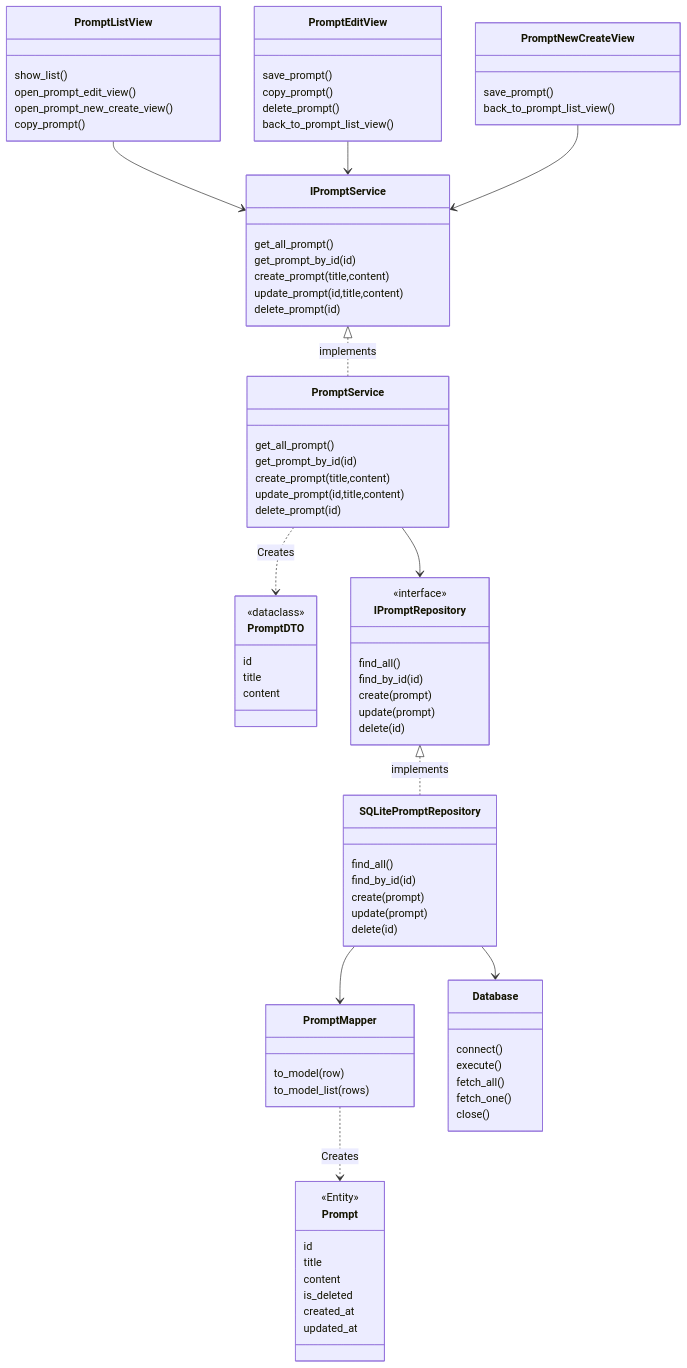
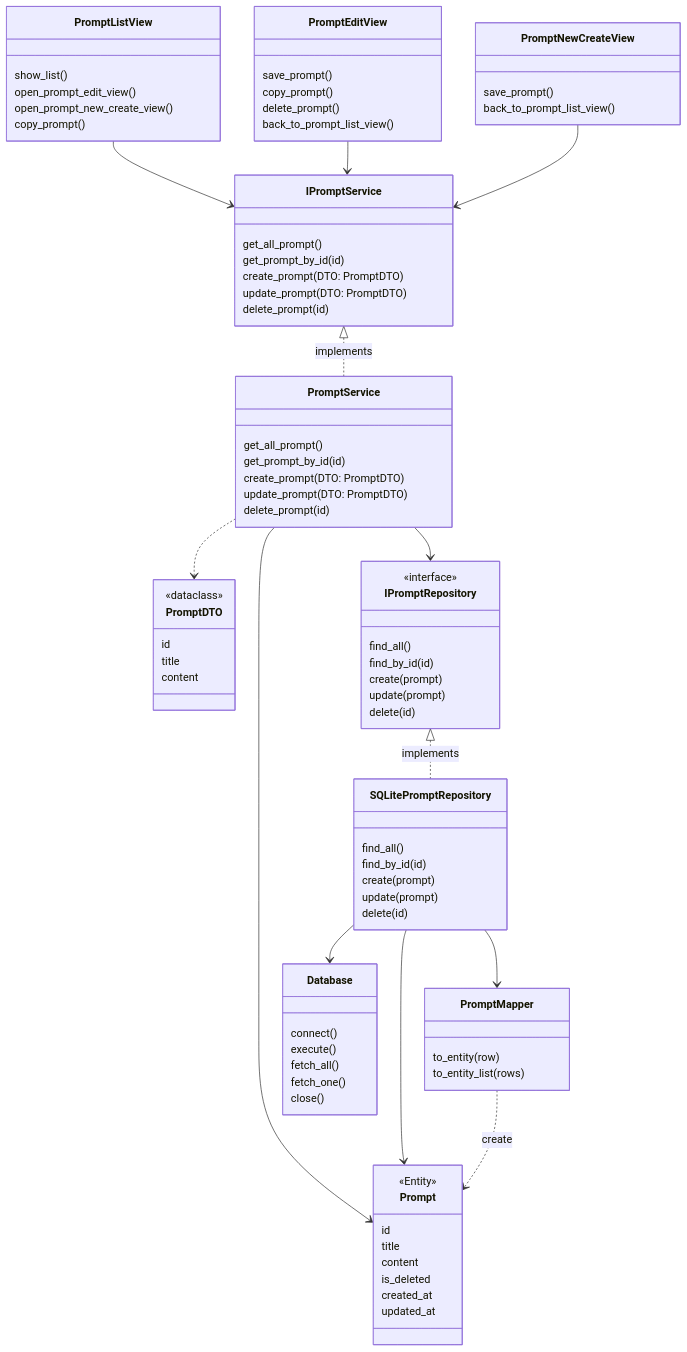
One commit to kuronyanko1108/prompt-manager changed the diagram in docs/05_class_diagram.md. Above: the diagram before and after it, drawn with Mermaid.

```diff
--- a/docs/05_class_diagram.md
+++ b/docs/05_class_diagram.md
@@ -20,16 +20,16 @@
     class IPromptService{
         get_all_prompt()
         get_prompt_by_id(id)
-        create_prompt(title,content)
-        update_prompt(id,title,content)
+        create_prompt(DTO: PromptDTO)
+        update_prompt(DTO: PromptDTO)
         delete_prompt(id)
     }
 
     class PromptService{
         get_all_prompt()
         get_prompt_by_id(id)
-        create_prompt(title,content)
-        update_prompt(id,title,content)
+        create_prompt(DTO: PromptDTO)
+        update_prompt(DTO: PromptDTO)
         delete_prompt(id)
     }
 
@@ -59,8 +59,8 @@
     }
 
     class PromptMapper{
-        to_model(row)
-        to_model_list(rows)
+        to_entity(row)
+        to_entity_list(rows)
     }
 
 
@@ -88,11 +88,13 @@
     PromptEditView --> IPromptService
     PromptNewCreateView --> IPromptService
     IPromptService <|.. PromptService : implements
-    PromptService ..> PromptDTO : Creates
+    PromptService ..> PromptDTO
+    PromptService --> Prompt
     PromptService --> IPromptRepository
     IPromptRepository <|.. SQLitePromptRepository : implements
     SQLitePromptRepository --> PromptMapper
-    PromptMapper ..> Prompt : Creates
+    SQLitePromptRepository --> Prompt
+    PromptMapper ..> Prompt : create
     SQLitePromptRepository --> Database
 
     
```
